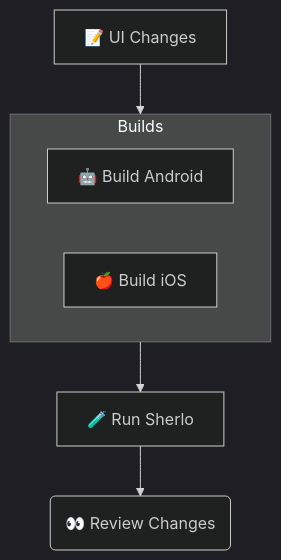
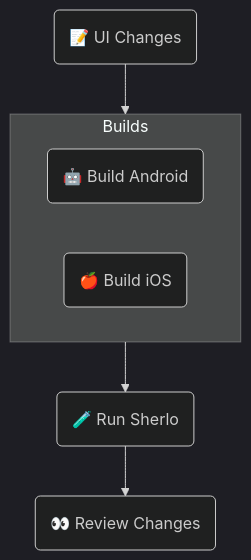
One commit to sherlo-io/sherlo changed the third of 3 diagrams in examples/standard/README.md. Above: the diagram before and after it, drawn with Mermaid (dark theme).

Commit message:
no message

````diff
--- a/examples/standard/README.md
+++ b/examples/standard/README.md
@@ -52,15 +52,15 @@
 ```mermaid
 flowchart TD
-   UI[📝 UI Changes]
+   UI(📝 UI Changes)
    subgraph Builds
       direction LR
-      Android[🤖 Build Android]
-      iOS[🍎 Build iOS]
+      Android(🤖 Build Android)
+      iOS(🍎 Build iOS)
    end
-   Sherlo[🧪 Run Sherlo]
+   Sherlo(🧪 Run Sherlo)
    Review(👀  Review Changes)
 
    UI --> Builds
    Builds --> Sherlo
    Sherlo --> Review
 ```
````
